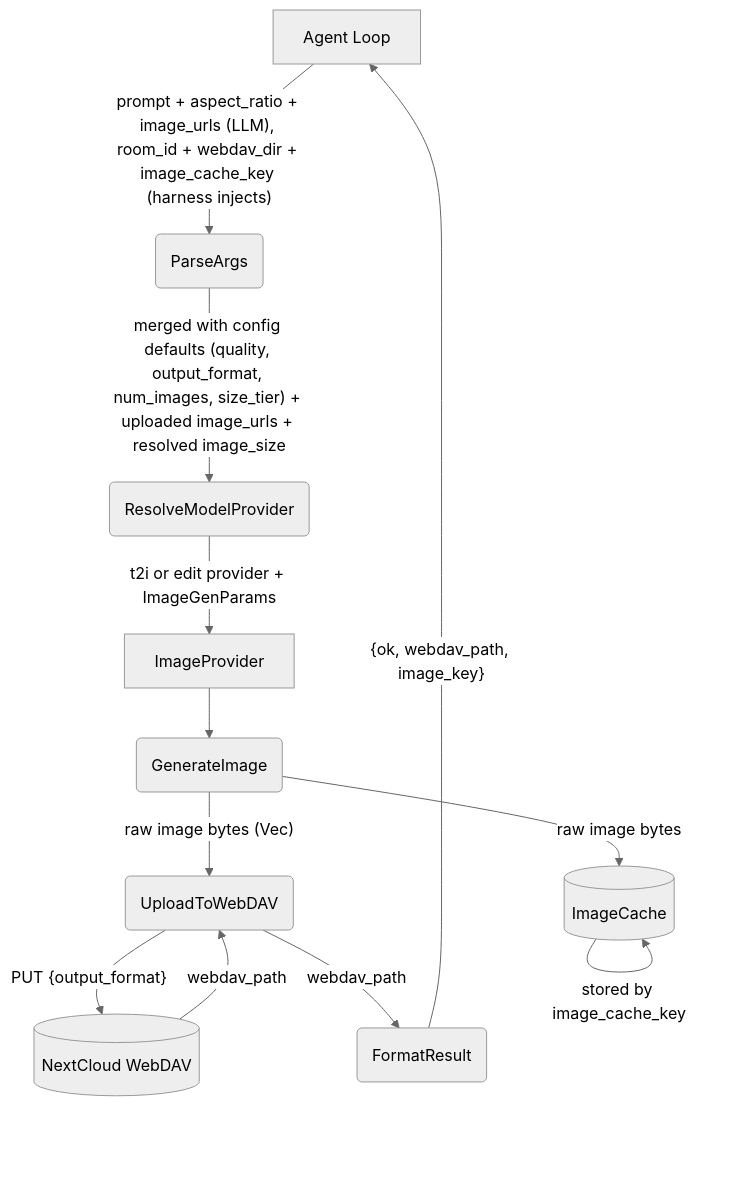
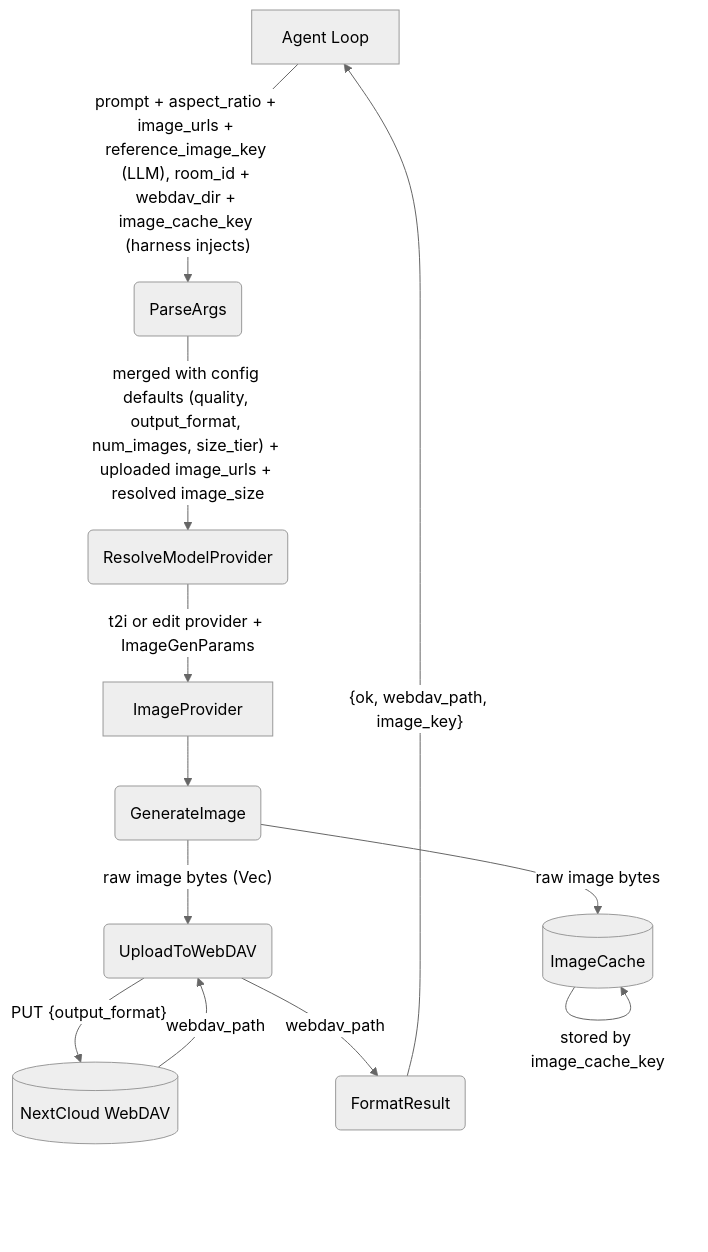
Before and after one commit to cosmoswafer/rockbot: the first of 5 diagrams in _dfd/tools/image-gen.md, drawn with Mermaid (neutral theme). The commit also changed other lines of this file and 8 other files, not shown here.

First line of the commit message:
perf: add knowledge cache TTL, optimize JSON byte counting, add reference_image_key for image editing

````diff
--- a/_dfd/tools/image-gen.md
+++ b/_dfd/tools/image-gen.md
@@ -25,24 +25,24 @@
 ```mermaid
 flowchart TD
     AGENT[Agent Loop]
     PARSE(ParseArgs)
     RESOLVE(ResolveModelProvider)
     PROVIDER[ImageProvider]
     GEN(GenerateImage)
     DAV_UPLOAD(UploadToWebDAV)
     DAV[(NextCloud WebDAV)]
     CACHE[(ImageCache)]
     FORMAT(FormatResult)
 
-    AGENT -->|"prompt + aspect_ratio + image_urls (LLM), room_id + webdav_dir + image_cache_key (harness injects)"| PARSE
+    AGENT -->|"prompt + aspect_ratio + image_urls + reference_image_key (LLM), room_id + webdav_dir + image_cache_key (harness injects)"| PARSE
     PARSE -->|"merged with config defaults (quality, output_format, num_images, size_tier) + uploaded image_urls + resolved image_size"| RESOLVE
     RESOLVE -->|"t2i or edit provider + ImageGenParams"| PROVIDER
     PROVIDER --> GEN
     GEN -->|"raw image bytes (Vec<u8>)"| DAV_UPLOAD
     DAV_UPLOAD -->|"PUT {output_format}"| DAV
     DAV -->|"webdav_path"| DAV_UPLOAD
     GEN -->|"raw image bytes"| CACHE
     CACHE -->|"stored by image_cache_key"| CACHE
     DAV_UPLOAD -->|"webdav_path"| FORMAT
     FORMAT -->|"{ok, webdav_path, image_key}"| AGENT
 ```
````
